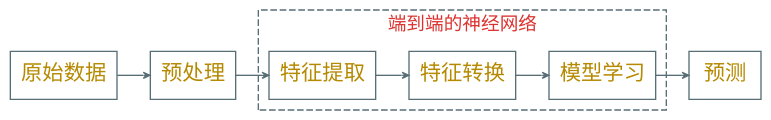
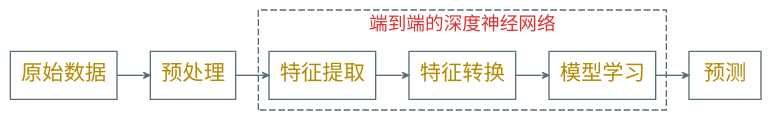
One commit to Avanti1980/course-gnn changed the diagram in dot/ml-modern.dot. Above: the diagram before and after it, drawn with Graphviz. The commit also changed 3 other files, not shown here.

```diff
--- a/dot/ml-modern.dot
+++ b/dot/ml-modern.dot
@@ -1,18 +1,18 @@
 digraph g {
     graph [nodesep=0.35, ranksep=0.35]
     rankdir=LR
     node [shape=box color="#586e75" fontname="EBG,fzlz" fontcolor="#b58900" fontsize=16]
     edge [arrowhead=vee color="#586e75" fontname="EBG,fzlz" fontcolor="#268bd2" fontsize=16 arrowsize=0.5]
     bgcolor="transparent"
 
     原始数据 -> 预处理 -> 特征提取 -> 特征转换 -> 模型学习 -> 预测
 
     subgraph cluster_1 {
         color="#586e75"
         fontcolor="#dc322f"
         fontname="EBG,fzlz"
         style="dashed"
-        label="端到端的神经网络"
+        label="端到端的深度神经网络"
         特征提取 特征转换 模型学习
     }
 }
```
